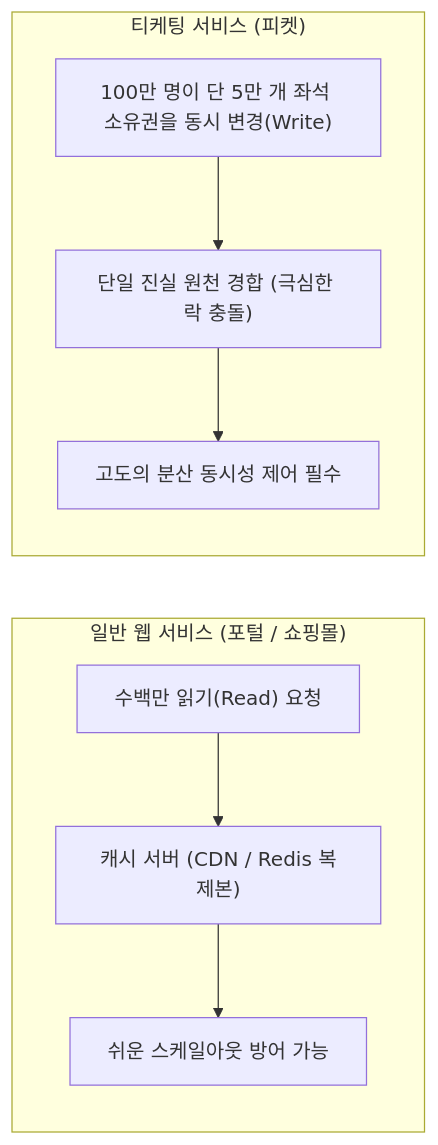
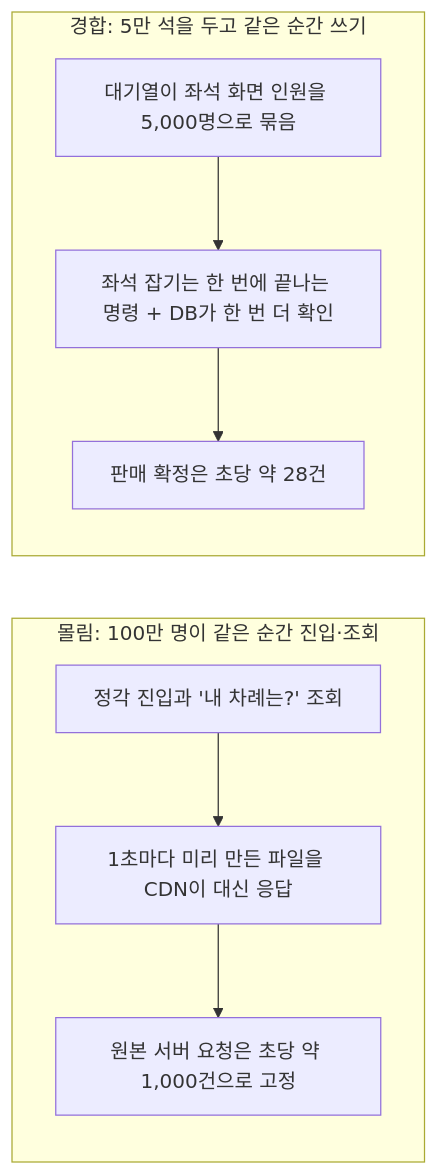
Before and after one commit to peaket/peaket: the first of 3 diagrams in guide/01-big-picture.md, drawn with Mermaid. The commit also changed other lines of this file and 228 other files, not shown here.

````diff
--- a/guide/01-big-picture.md
+++ b/guide/01-big-picture.md
@@ -31,12 +31,12 @@
 ```mermaid
 flowchart LR
-    subgraph ReadHeavy ["일반 웹 서비스 (포털 / 쇼핑몰)"]
-        R1["수백만 읽기(Read) 요청"] --> R2["캐시 서버 (CDN / Redis 복제본)"]
-        R2 --> R3["쉬운 스케일아웃 방어 가능"]
+    subgraph Crowd ["몰림: 100만 명이 같은 순간 진입·조회"]
+        R1["정각 진입과 '내 차례는?' 조회"] --> R2["1초마다 미리 만든 파일을 CDN이 대신 응답"]
+        R2 --> R3["원본 서버 요청은 초당 약 1,000건으로 고정"]
     end
 
-    subgraph WriteHeavy ["티케팅 서비스 (피켓)"]
-        W1["100만 명이 단 5만 개 좌석 소유권을 동시 변경(Write)"] --> W2["단일 진실 원천 경합 (극심한 락 충돌)"]
-        W2 --> W3["고도의 분산 동시성 제어 필수"]
+    subgraph Contention ["경합: 5만 석을 두고 같은 순간 쓰기"]
+        W1["대기열이 좌석 화면 인원을 5,000명으로 묶음"] --> W2["좌석 잡기는 한 번에 끝나는 명령 + DB가 한 번 더 확인"]
+        W2 --> W3["판매 확정은 초당 약 28건"]
     end
 ```
````
